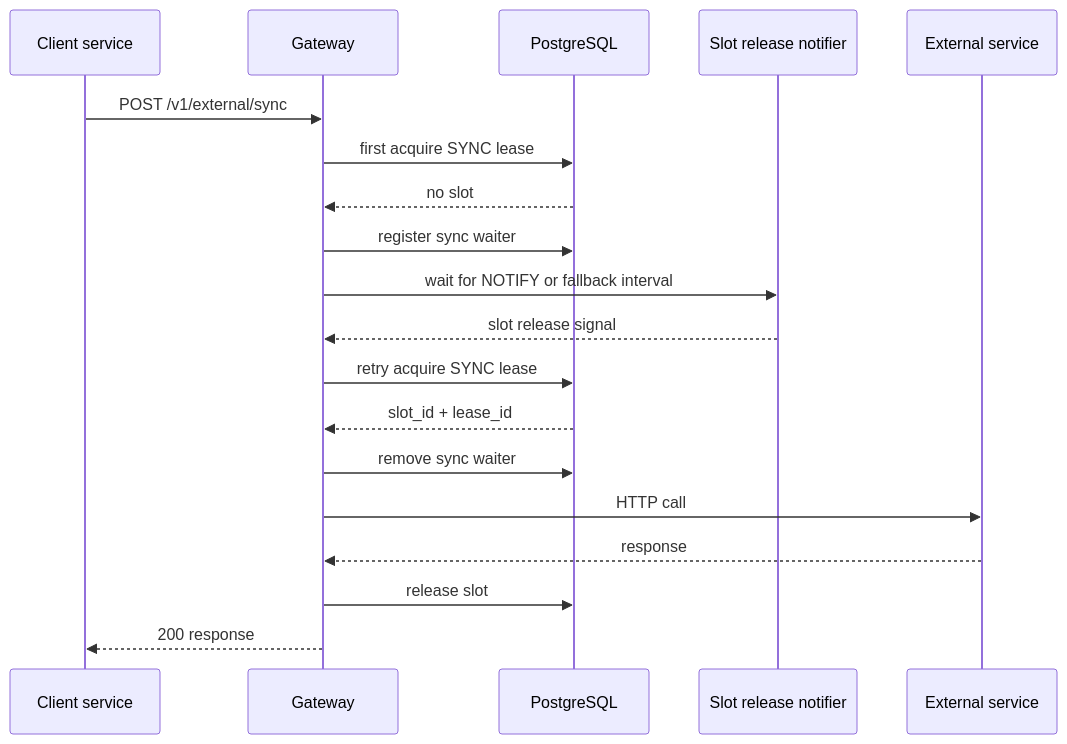
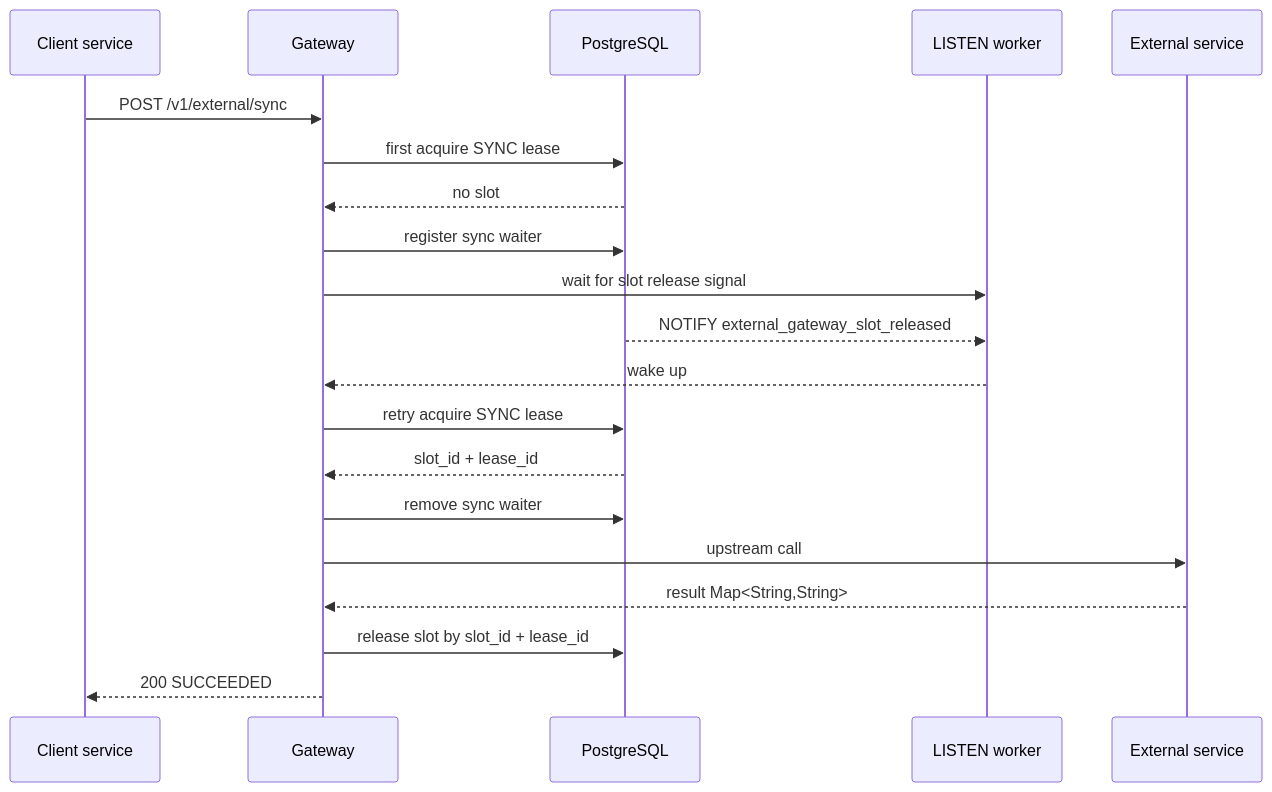
The third of 11 diagrams in docs/external-service-gateway/README.md (DenisVanin4402/TestQwenCli), drawn with Mermaid before and after one commit. The commit also changed other lines of this file and 11 other files, not shown here.

````diff
--- a/docs/external-service-gateway/README.md
+++ b/docs/external-service-gateway/README.md
@@ -157,22 +134,23 @@
 ```mermaid
 sequenceDiagram
     participant C as Client service
     participant G as Gateway
     participant DB as PostgreSQL
-    participant N as Slot release notifier
+    participant L as LISTEN worker
     participant E as External service
 
     C->>G: POST /v1/external/sync
     G->>DB: first acquire SYNC lease
     DB-->>G: no slot
     G->>DB: register sync waiter
-    G->>N: wait for NOTIFY or fallback interval
-    N-->>G: slot release signal
+    G->>L: wait for slot release signal
+    DB-->>L: NOTIFY external_gateway_slot_released
+    L-->>G: wake up
     G->>DB: retry acquire SYNC lease
     DB-->>G: slot_id + lease_id
     G->>DB: remove sync waiter
-    G->>E: HTTP call
-    E-->>G: response
-    G->>DB: release slot
-    G-->>C: 200 response
+    G->>E: upstream call
+    E-->>G: result Map<String,String>
+    G->>DB: release slot by slot_id + lease_id
+    G-->>C: 200 SUCCEEDED
 ```
````
